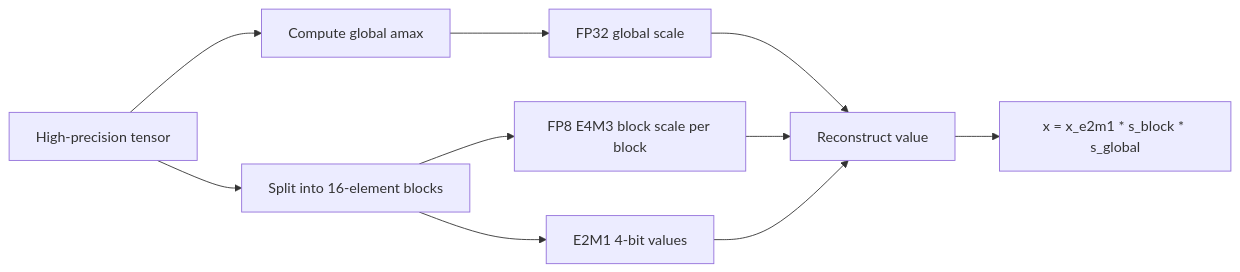
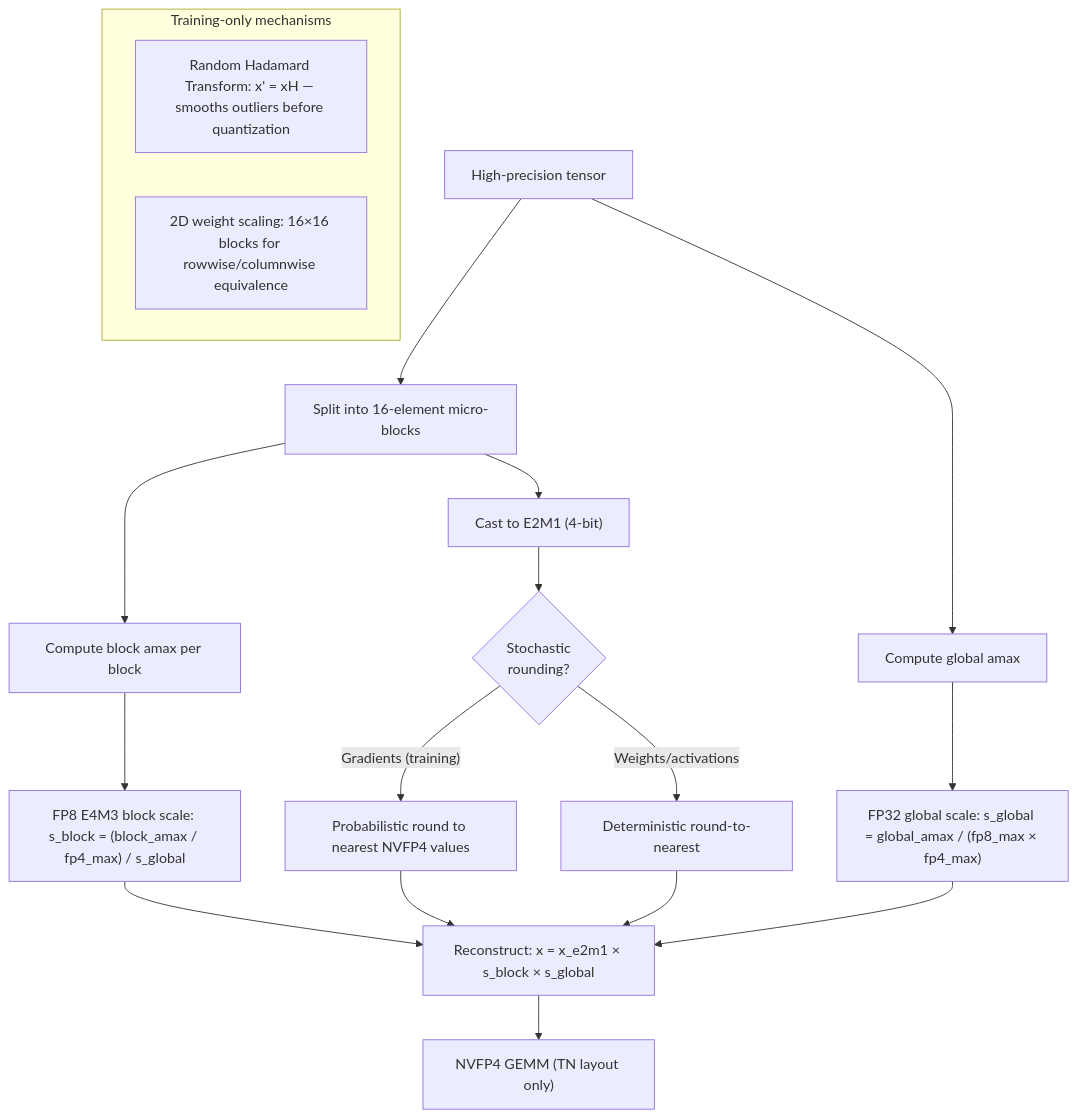
Before and after one commit to zhongzhouTan-coder/zhongzhouTan-coder.github.io: the first of 2 diagrams in docs/hardware/nvfp4.md, drawn with Mermaid. The commit also changed other lines of this file and 23 other files, not shown here.

Commit message:
[docs] re insight the nvfp4 web page and also refine the webpage ingest flow

````diff
--- a/docs/hardware/nvfp4.md
+++ b/docs/hardware/nvfp4.md
@@ -50,12 +30,23 @@
 ```mermaid
-flowchart LR
-    T["High-precision tensor"] --> A["Compute global amax"]
-    A --> G["FP32 global scale"]
-    T --> B["Split into 16-element blocks"]
-    B --> S["FP8 E4M3 block scale per block"]
-    B --> Q["E2M1 4-bit values"]
-    G --> R["Reconstruct value"]
-    S --> R
-    Q --> R
-    R --> X["x = x_e2m1 * s_block * s_global"]
+flowchart TD
+    T["High-precision tensor"] --> GA["Compute global amax"]
+    GA --> SG["FP32 global scale: s_global = global_amax / (fp8_max × fp4_max)"]
+    T --> SPLIT["Split into 16-element micro-blocks"]
+    SPLIT --> BA["Compute block amax per block"]
+    BA --> SB["FP8 E4M3 block scale: s_block = (block_amax / fp4_max) / s_global"]
+    SPLIT --> CAST["Cast to E2M1 (4-bit)"]
+    CAST --> SR{Stochastic<br>rounding?}
+    SR -->|"Gradients (training)"| SR_ON["Probabilistic round to nearest NVFP4 values"]
+    SR -->|"Weights/activations"| SR_OFF["Deterministic round-to-nearest"]
+    SB --> RECONSTRUCT["Reconstruct: x = x_e2m1 × s_block × s_global"]
+    SR_ON --> RECONSTRUCT
+    SR_OFF --> RECONSTRUCT
+    SG --> RECONSTRUCT
+
+    subgraph TRAIN_ONLY["Training-only mechanisms"]
+        RHT["Random Hadamard Transform: x' = xH — smooths outliers before quantization"]
+        D2["2D weight scaling: 16×16 blocks for rowwise/columnwise equivalence"]
+    end
+
+    RECONSTRUCT --> GEMM["NVFP4 GEMM (TN layout only)"]
 ```
````
